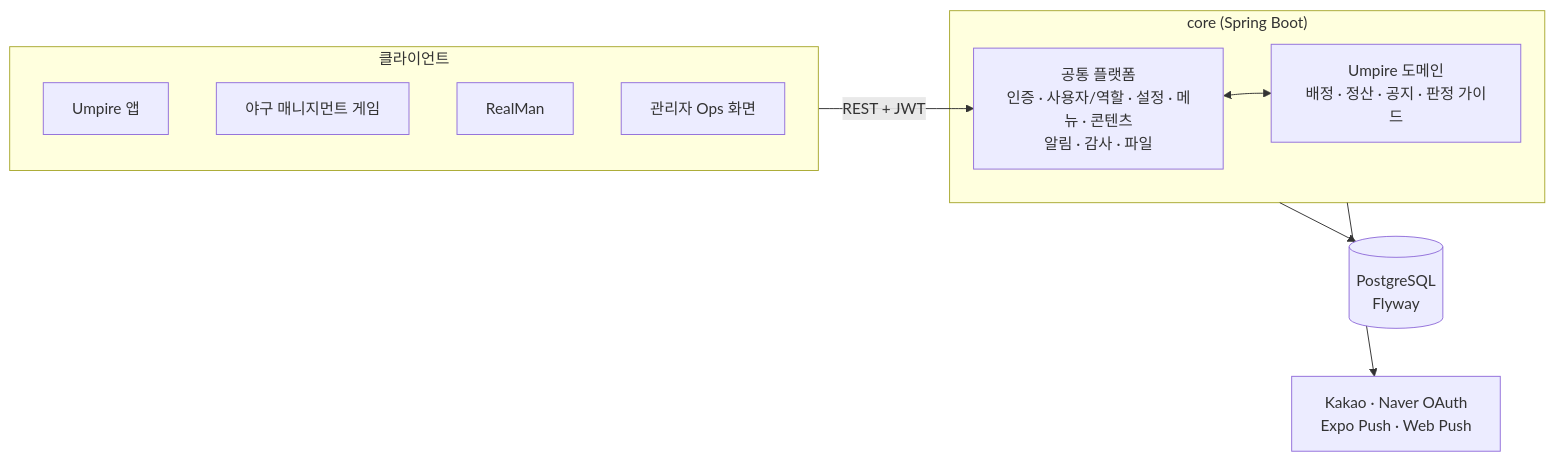
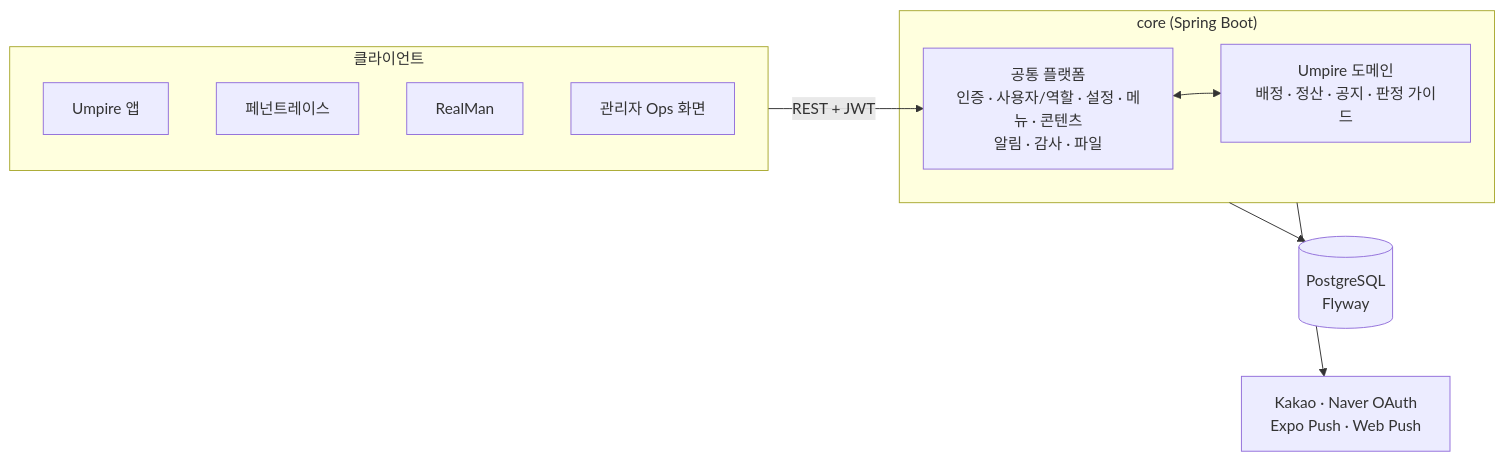
One commit to scourge1100/neverland changed the first of 3 diagrams in content/projects/empire-core.md. Above: the diagram before and after it, drawn with Mermaid. The commit also changed other lines of this file and 11 other files, not shown here.

````diff
--- a/content/projects/empire-core.md
+++ b/content/projects/empire-core.md
@@ -46,17 +46,17 @@
 ```mermaid
 flowchart LR
     subgraph Clients["클라이언트"]
         UM["Umpire 앱"]
-        FO["야구 매니지먼트 게임"]
+        FO["페넌트레이스"]
         RM["RealMan"]
         OPS["관리자 Ops 화면"]
     end
     Clients -->|"REST + JWT"| API
     subgraph Core["core (Spring Boot)"]
         API["공통 플랫폼\n인증 · 사용자/역할 · 설정 · 메뉴 · 콘텐츠\n알림 · 감사 · 파일"]
         UMP["Umpire 도메인\n배정 · 정산 · 공지 · 판정 가이드"]
         API <--> UMP
     end
     Core --> DB[("PostgreSQL\nFlyway")]
     Core --> EXT["Kakao · Naver OAuth\nExpo Push · Web Push"]
 ```
````
